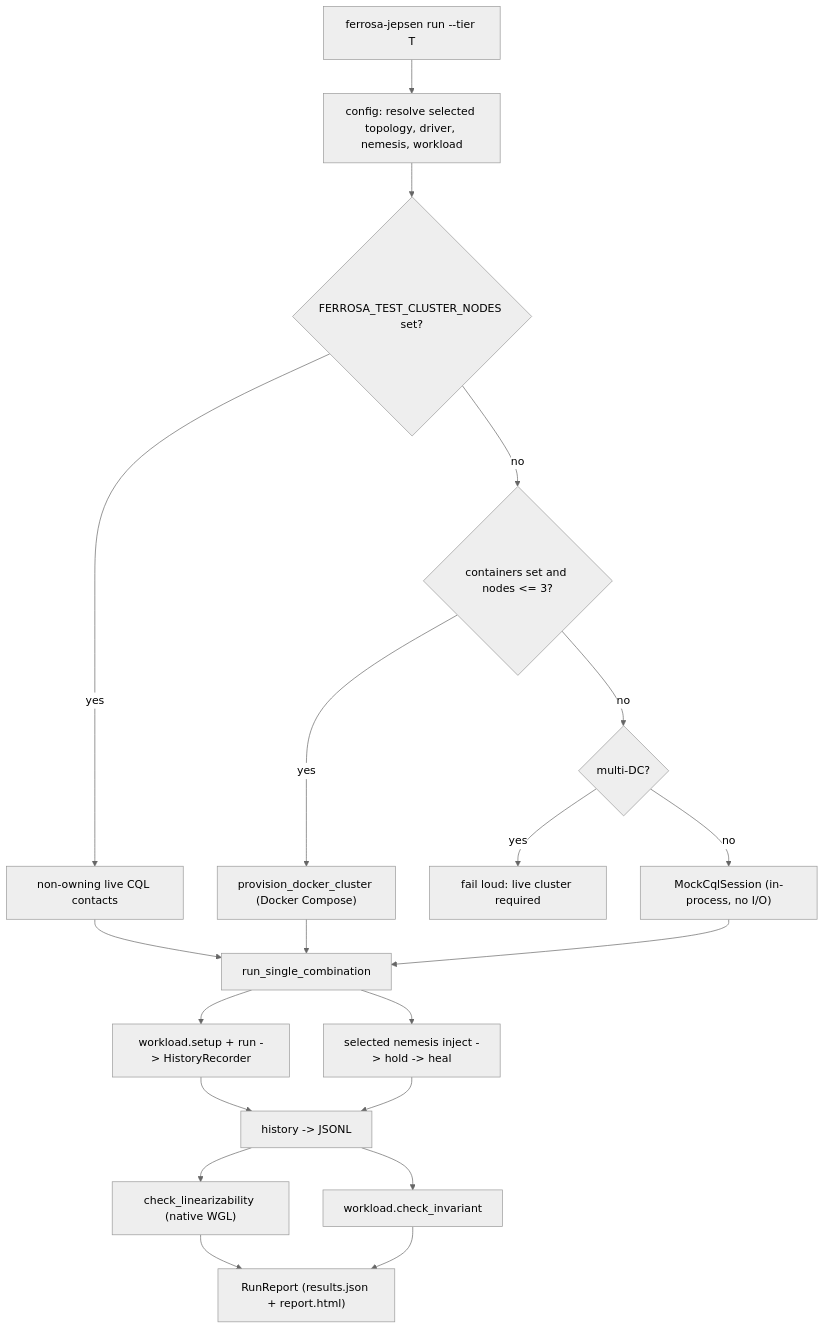
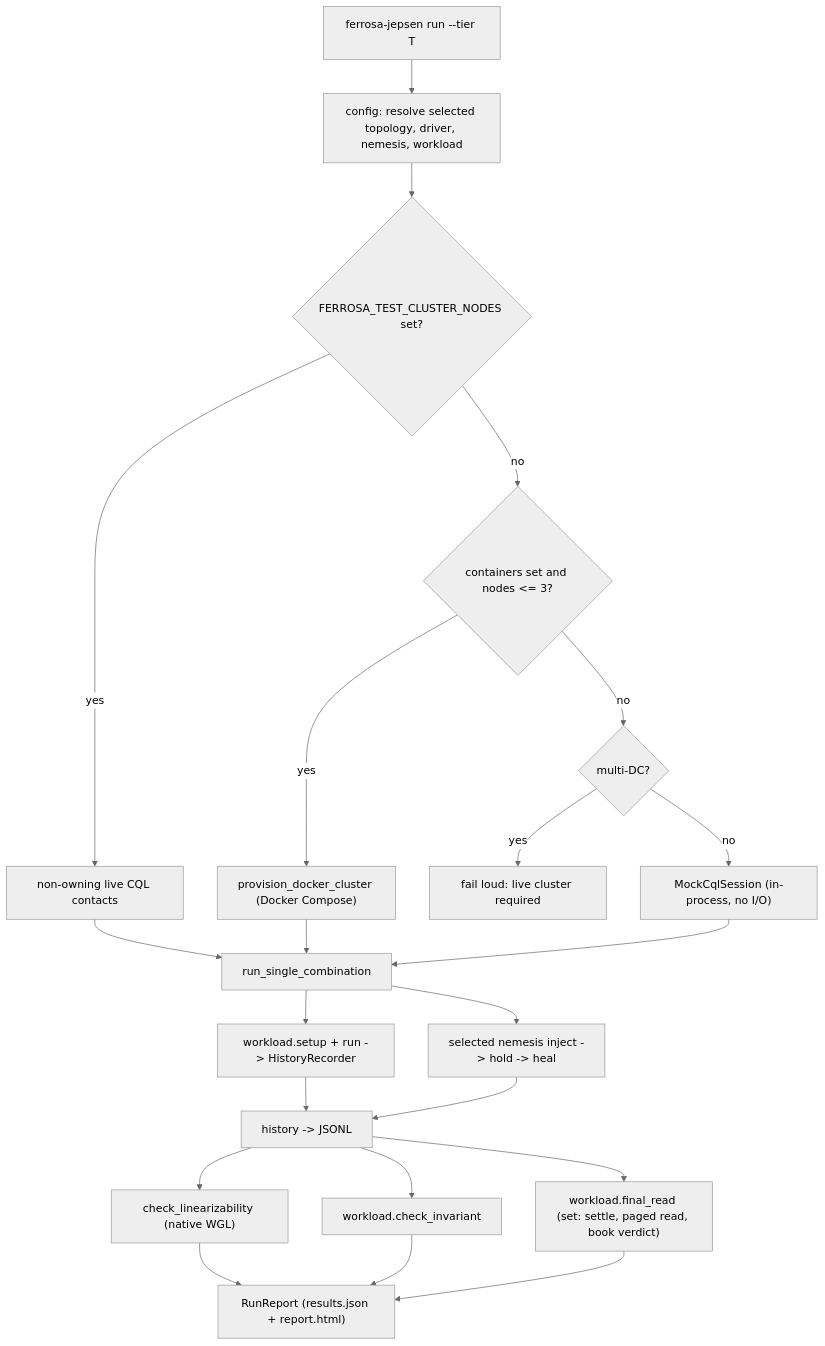
The first of 2 diagrams in ferrosa-jepsen/specs/overview.md (ferrosadb/ferrosa), drawn with Mermaid (neutral theme) before and after one commit. The commit also changed other lines of this file and 7 other files, not shown here.

````diff
--- a/ferrosa-jepsen/specs/overview.md
+++ b/ferrosa-jepsen/specs/overview.md
@@ -52,22 +52,24 @@
 ```mermaid
 flowchart TD
     CLI["ferrosa-jepsen run --tier T"] --> RESOLVE["config: resolve selected topology, driver, nemesis, workload"]
     RESOLVE --> EXTERNAL{"FERROSA_TEST_CLUSTER_NODES set?"}
     EXTERNAL -- yes --> LIVE["non-owning live CQL contacts"]
     EXTERNAL -- no --> PROV{"containers set and nodes &lt;= 3?"}
     PROV -- yes --> DOCKER["provision_docker_cluster (Docker Compose)"]
     PROV -- no --> REJECT{"multi-DC?"}
     REJECT -- yes --> ERROR["fail loud: live cluster required"]
     REJECT -- no --> MOCK["MockCqlSession (in-process, no I/O)"]
     LIVE --> COMB["run_single_combination"]
     DOCKER --> COMB
     MOCK --> COMB
     COMB --> WL["workload.setup + run -> HistoryRecorder"]
     COMB --> NEM["selected nemesis inject -> hold -> heal"]
     WL --> HIST["history -> JSONL"]
     NEM --> HIST
     HIST --> LIN["check_linearizability (native WGL)"]
     HIST --> INV["workload.check_invariant"]
+    HIST --> FR["workload.final_read (set: settle, paged read, book verdict)"]
     LIN --> REP["RunReport (results.json + report.html)"]
     INV --> REP
+    FR --> REP
 ```
````
